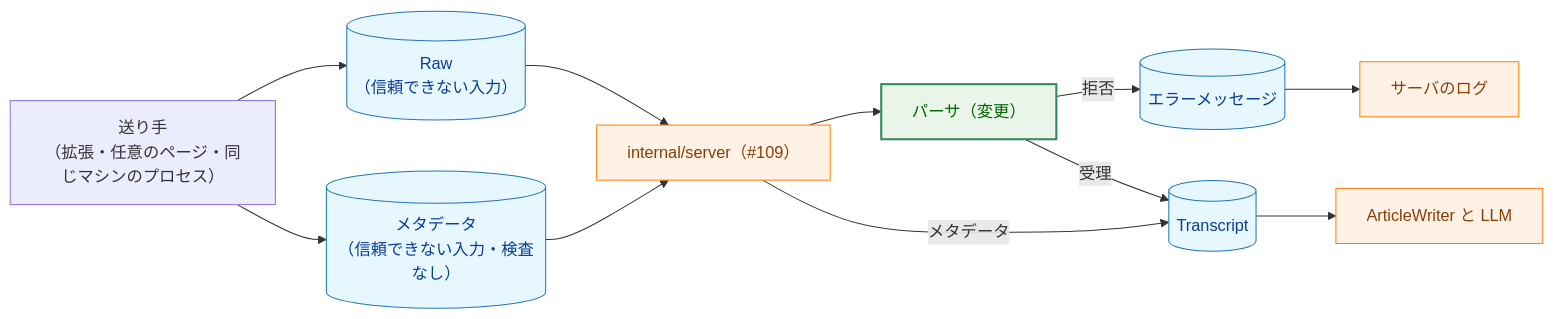
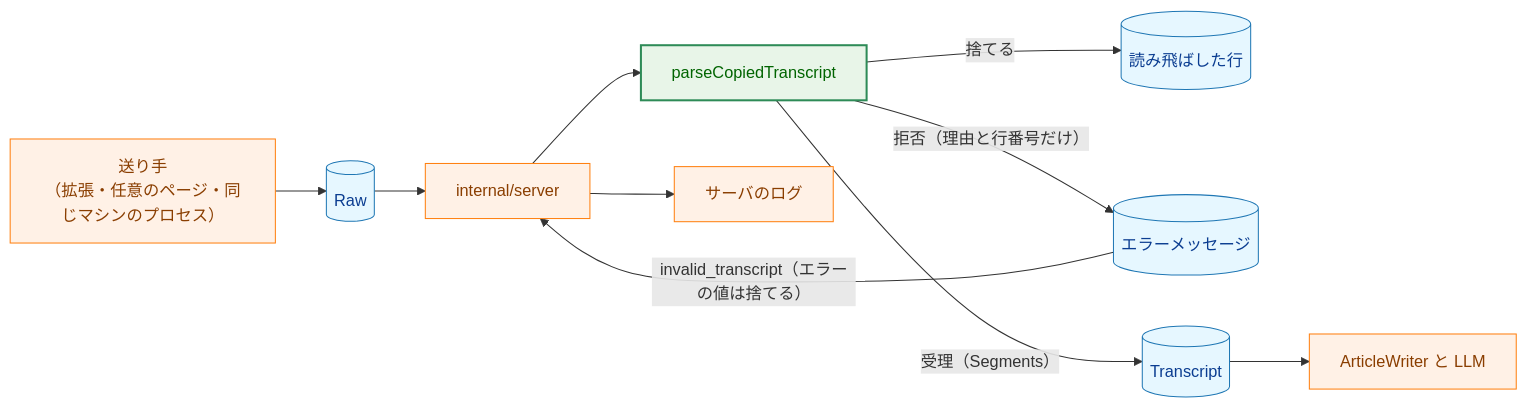
One commit to isseis/yt2column changed the eighth of 13 diagrams in docs/tasks/0024_copied_transcript_panel_lines/02_architecture.md. Above: the diagram before and after it, drawn with Mermaid. The commit also changed other lines of this file and 1 other file, not shown here.

First line of the commit message:
docs(0024): add form B chapter headings to the requirements and redraft the architecture (#314)

````diff
--- a/docs/tasks/0024_copied_transcript_panel_lines/02_architecture.md
+++ b/docs/tasks/0024_copied_transcript_panel_lines/02_architecture.md
@@ -365,31 +495,30 @@
 ```mermaid
 flowchart LR
     classDef data fill:#e6f7ff,stroke:#1f77b4,stroke-width:1px,color:#0b3d91;
     classDef process fill:#fff1e6,stroke:#ff7f0e,stroke-width:1px,color:#8a3e00;
     classDef enhanced fill:#e8f5e8,stroke:#2e8b57,stroke-width:2px,color:#006400;
 
     SENDER["送り手<br>（拡張・任意のページ・同じマシンのプロセス）"]
-    RAW[("Raw<br>（信頼できない入力）")]
-    META[("メタデータ<br>（信頼できない入力・検査なし）")]
-    SERVER["internal/server（#109）"]
-    PARSER["パーサ（変更）"]
+    RAW[("Raw")]
+    SERVER["internal/server"]
+    PARSER["parseCopiedTranscript"]
+    SKIPPED[("読み飛ばした行")]
     ERR[("エラーメッセージ")]
     LOG["サーバのログ"]
     TR[("Transcript")]
     LLM["ArticleWriter と LLM"]
 
     SENDER --> RAW
-    SENDER --> META
     RAW --> SERVER
-    META --> SERVER
     SERVER --> PARSER
-    PARSER -->|"拒否"| ERR
-    ERR --> LOG
-    PARSER -->|"受理"| TR
-    SERVER -->|"メタデータ"| TR
+    PARSER -->|"捨てる"| SKIPPED
+    PARSER -->|"拒否（理由と行番号だけ）"| ERR
+    ERR -->|"invalid_transcript（エラーの値は捨てる）"| SERVER
+    SERVER --> LOG
+    PARSER -->|"受理（Segments）"| TR
     TR --> LLM
 
-    class RAW,META,ERR,TR data
-    class SERVER,LOG,LLM process
+    class RAW,ERR,TR,SKIPPED data
+    class SERVER,LOG,LLM,SENDER process
     class PARSER enhanced
 ```
````
